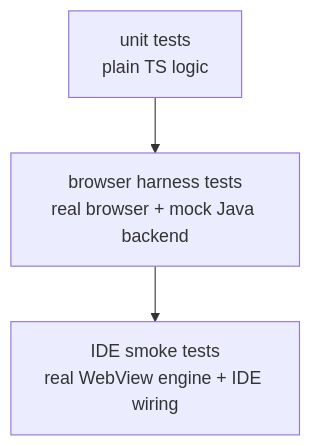
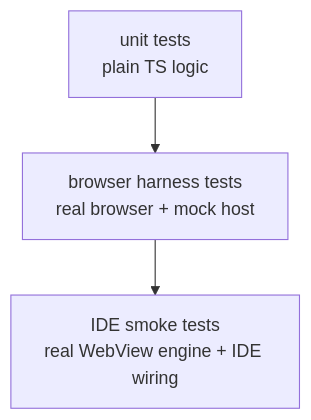
The fourth of 5 diagrams in plugins/ui.webview/docs/frontend/WebView-Frontend-Testability.md (JetBrains/intellij-community), drawn with Mermaid before and after one commit. The commit also changed other lines of this file and 3 other files, not shown here.

````diff
--- a/plugins/ui.webview/docs/frontend/WebView-Frontend-Testability.md
+++ b/plugins/ui.webview/docs/frontend/WebView-Frontend-Testability.md
@@ -207,9 +348,9 @@
 ```mermaid
 flowchart TD
   Unit["unit tests\nplain TS logic"]
-  Browser["browser harness tests\nreal browser + mock Java backend"]
+  Browser["browser harness tests\nreal browser + mock host"]
   Smoke["IDE smoke tests\nreal WebView engine + IDE wiring"]
 
   Unit --> Browser
   Browser --> Smoke
 ```
````
